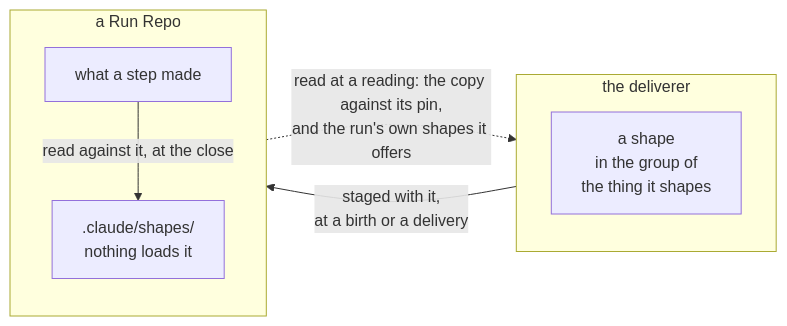
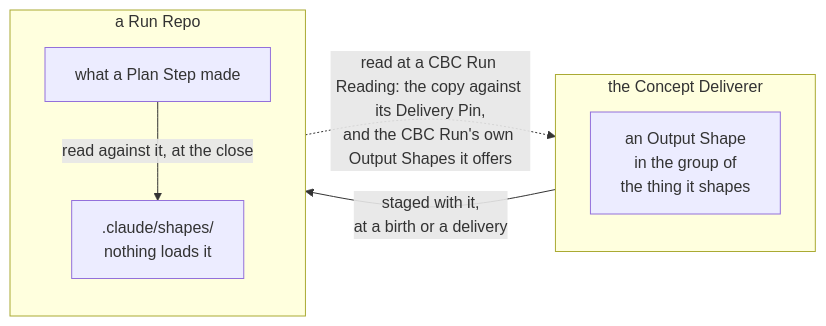
Before and after one commit to edgaras87/correctness-by-construction: the first of 2 diagrams in docs/conventions/shapes/README.md, drawn with Mermaid. The commit also changed other lines of this file and 1 other file, not shown here.

First line of the commit message:
docs: shapes meets the writing rule

````diff
--- a/docs/conventions/shapes/README.md
+++ b/docs/conventions/shapes/README.md
@@ -207,17 +218,17 @@
 ```mermaid
 flowchart LR
-  subgraph HERE["the deliverer"]
+  subgraph HERE["the Concept Deliverer"]
     direction TB
-    SH["a shape<br/>in the group of<br/>the thing it shapes"]
+    SH["an Output Shape<br/>in the group of<br/>the thing it shapes"]
   end
 
   subgraph RUN["a Run Repo"]
     direction TB
-    MADE["what a step made"]
+    MADE["what a Plan Step made"]
     SHP[".claude/shapes/<br/>nothing loads it"]
   end
 
   SH -->|"staged with it,<br/>at a birth or a delivery"| SHP
   MADE -->|"read against it, at the close"| SHP
-  SHP -.->|"read at a reading: the copy against its pin,<br/>and the run's own shapes it offers"| SH
+  SHP -.->|"read at a CBC Run Reading: the copy against its Delivery Pin,<br/>and the CBC Run's own Output Shapes it offers"| SH
 ```
````
